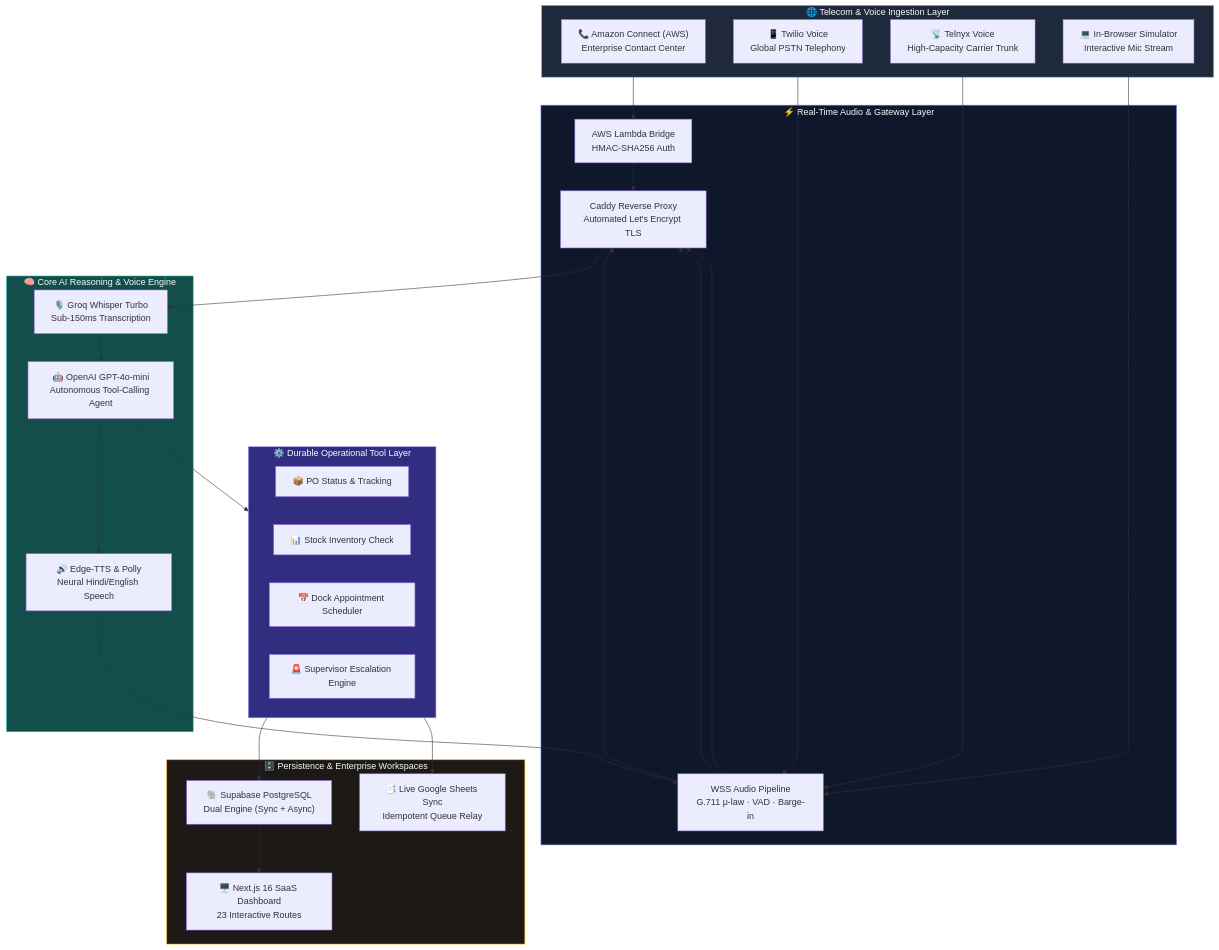
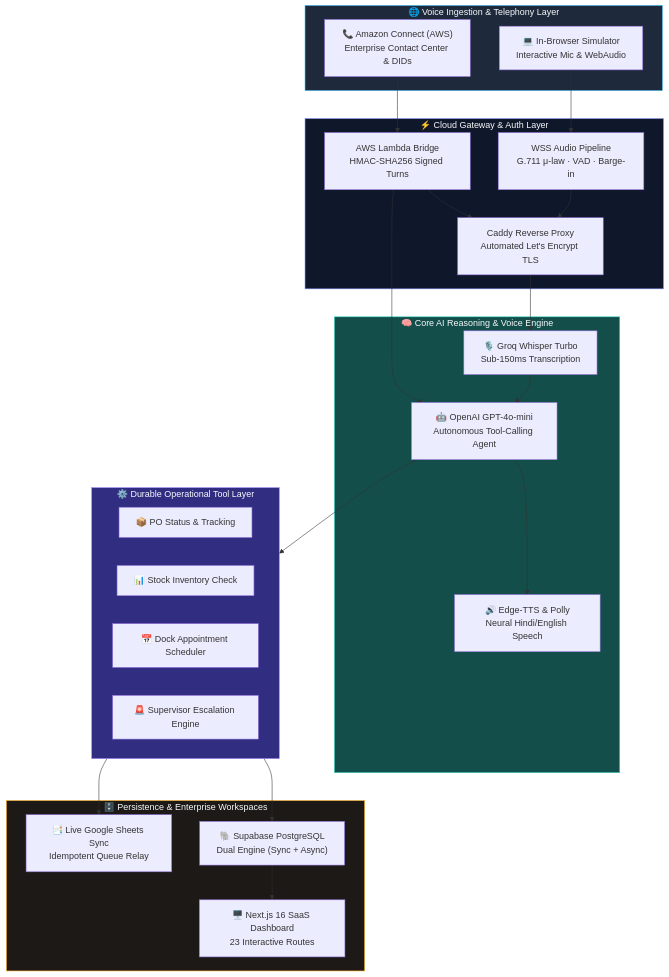
The diagram in README.md (jeevesh2515/voxflow-voice-agent), drawn with Mermaid before and after one commit. The commit also changed other lines of this file and 26 other files, not shown here.

Commit message:
refactor(telephony): streamline core telephony to Amazon Connect and remove Twilio/Telnyx dependencies

````diff
--- a/README.md
+++ b/README.md
@@ -63,52 +63,49 @@
 ```mermaid
 flowchart TB
-    subgraph Carriers["🌐 Telecom & Voice Ingestion Layer"]
-        AWS["📞 Amazon Connect (AWS)<br/>Enterprise Contact Center"]
-        TW["📱 Twilio Voice<br/>Global PSTN Telephony"]
-        TX["📡 Telnyx Voice<br/>High-Capacity Carrier Trunk"]
-        WEB["💻 In-Browser Simulator<br/>Interactive Mic Stream"]
+    subgraph Carriers["🌐 Voice Ingestion & Telephony Layer"]
+        AWS["📞 Amazon Connect (AWS)<br/>Enterprise Contact Center & DIDs"]
+        WEB["💻 In-Browser Simulator<br/>Interactive Mic & WebAudio"]
     end
 
-    subgraph Streaming["⚡ Real-Time Audio & Gateway Layer"]
-        LMB["AWS Lambda Bridge<br/>HMAC-SHA256 Auth"]
+    subgraph Streaming["⚡ Cloud Gateway & Auth Layer"]
+        LMB["AWS Lambda Bridge<br/>HMAC-SHA256 Signed Turns"]
         WSS["WSS Audio Pipeline<br/>G.711 μ-law · VAD · Barge-in"]
         CAD["Caddy Reverse Proxy<br/>Automated Let's Encrypt TLS"]
     end
 
     subgraph Intelligence["🧠 Core AI Reasoning & Voice Engine"]
         STT["🎙️ Groq Whisper Turbo<br/>Sub-150ms Transcription"]
         LLM["🤖 OpenAI GPT-4o-mini<br/>Autonomous Tool-Calling Agent"]
         TTS["🔊 Edge-TTS & Polly<br/>Neural Hindi/English Speech"]
     end
 
     subgraph Tools["⚙️ Durable Operational Tool Layer"]
         T1["📦 PO Status & Tracking"]
         T2["📊 Stock Inventory Check"]
         T3["📅 Dock Appointment Scheduler"]
         T4["🚨 Supervisor Escalation Engine"]
     end
 
     subgraph Storage["🗄️ Persistence & Enterprise Workspaces"]
         PG["🐘 Supabase PostgreSQL<br/>Dual Engine (Sync + Async)"]
         GS["📑 Live Google Sheets Sync<br/>Idempotent Queue Relay"]
         DASH["🖥️ Next.js 16 SaaS Dashboard<br/>23 Interactive Routes"]
     end
 
     AWS --> LMB --> CAD
-    TW --> WSS --> CAD
-    TX --> WSS --> CAD
     WEB --> WSS --> CAD
 
-    CAD --> STT --> LLM --> TTS --> WSS
+    CAD --> STT --> LLM --> TTS
+    LMB --> LLM
     LLM --> Tools
 
     Tools --> PG
     Tools --> GS
     PG --> DASH
 
     style Carriers fill:#1E293B,stroke:#38BDF8,color:#F8FAFC
     style Streaming fill:#0F172A,stroke:#818CF8,color:#F8FAFC
     style Intelligence fill:#134E4A,stroke:#2DD4BF,color:#F8FAFC
     style Tools fill:#312E81,stroke:#A78BFA,color:#F8FAFC
     style Storage fill:#1C1917,stroke:#F59E0B,color:#F8FAFC
 ```
````
